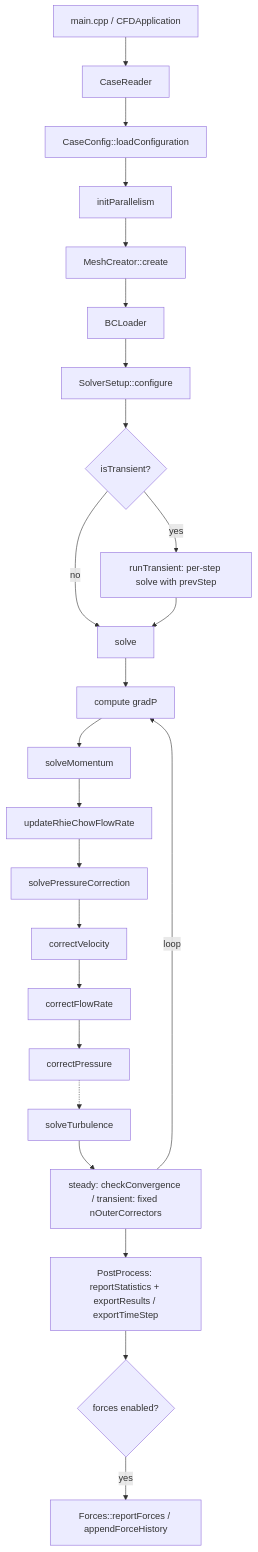
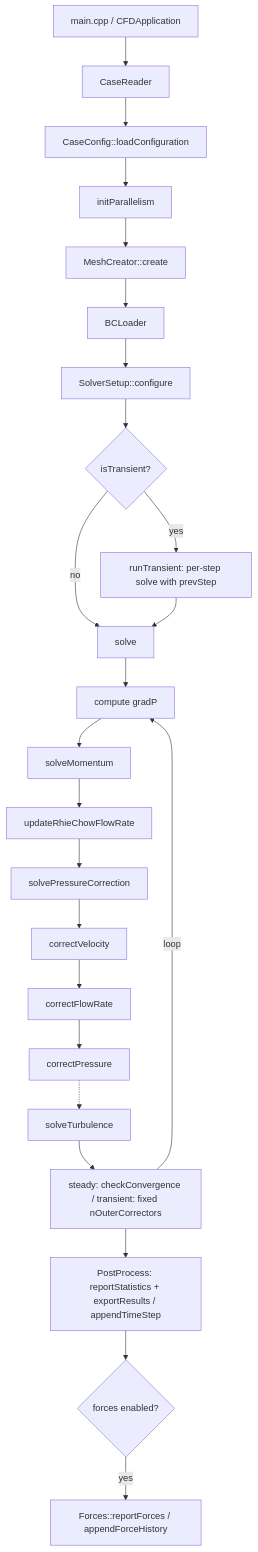
One commit to mohamed-i-mousa/my-fv-solver changed the diagram in docs/DEVELOPER_GUIDE.md. Above: the diagram before and after it, drawn with Mermaid. The commit also changed other lines of this file and 3 other files, not shown here.

````diff
--- a/docs/DEVELOPER_GUIDE.md
+++ b/docs/DEVELOPER_GUIDE.md
@@ -1159,26 +1197,26 @@
 ```mermaid
 flowchart TD
   A[main.cpp / CFDApplication] --> B[CaseReader]
   B --> C[CaseConfig::loadConfiguration]
   C --> D[initParallelism]
   D --> E[MeshCreator::create]
   E --> F[BCLoader]
   F --> G[SolverSetup::configure]
   G --> G2{isTransient?}
   G2 -->|no| H[solve]
   G2 -->|yes| H2[runTransient: per-step solve with prevStep]
   H2 --> H
   H --> I[compute gradP]
   I --> J[solveMomentum]
   J --> K[updateRhieChowFlowRate]
   K --> L[solvePressureCorrection]
   L --> M[correctVelocity]
   M --> N[correctFlowRate]
   N --> O[correctPressure]
   O -.-> T[solveTurbulence]
   T --> P[steady: checkConvergence / transient: fixed nOuterCorrectors]
   P -->|loop| I
-  P --> Q[PostProcess: reportStatistics + exportResults / exportTimeStep]
+  P --> Q[PostProcess: reportStatistics + exportResults / appendTimeStep]
   Q --> R{forces enabled?}
   R -->|yes| S[Forces::reportForces / appendForceHistory]
 ```
````
